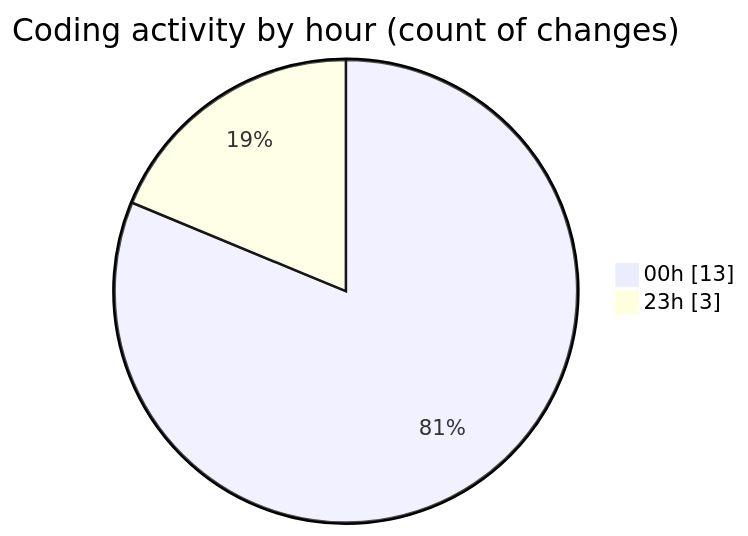
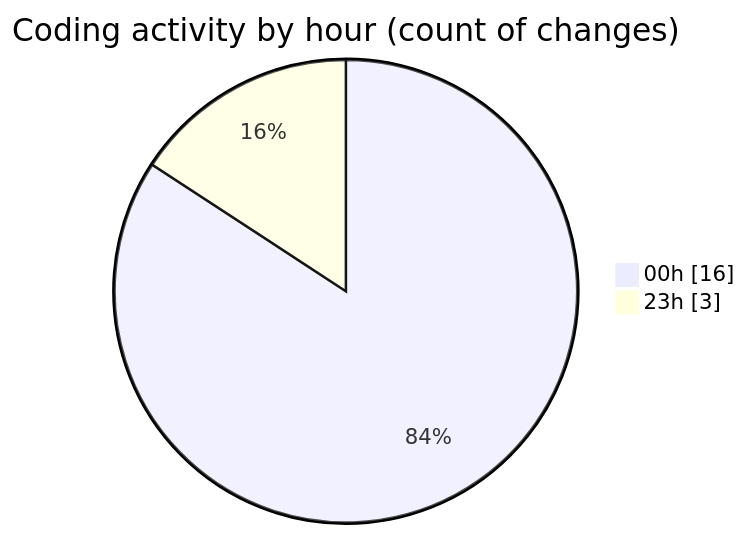
One commit to lephambinh05/code-tracking changed the second of 2 diagrams in 2025-07-28/quanlyrapchieuphim-1/README.md. Above: the diagram before and after it, drawn with Mermaid. The commit also changed other lines of this file and 1 other file, not shown here.

````diff
--- a/2025-07-28/quanlyrapchieuphim-1/README.md
+++ b/2025-07-28/quanlyrapchieuphim-1/README.md
@@ -39,6 +40,6 @@
 ```mermaid
 pie showData
 title Coding activity by hour (count of changes)
-"00h" : 13
+"00h" : 16
 "23h" : 3
 ```
````
